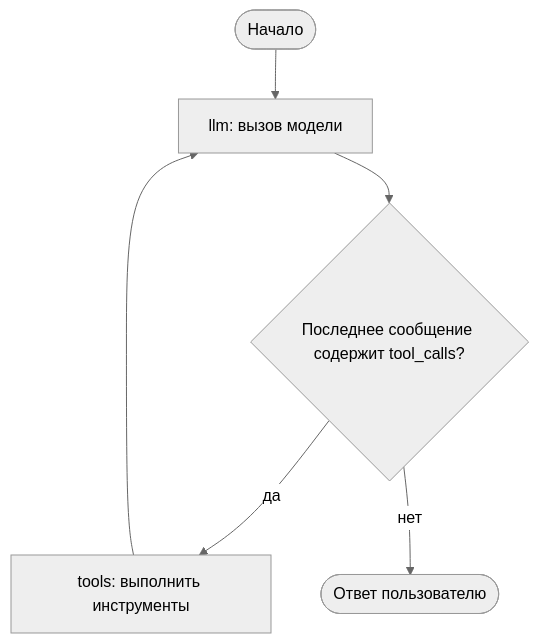
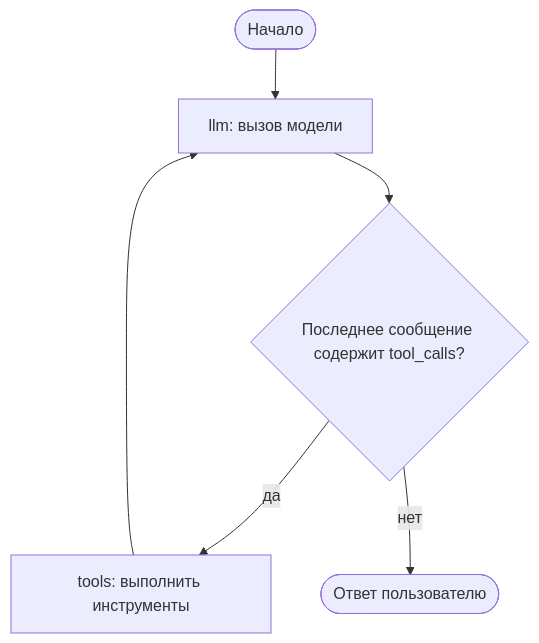
Before and after one commit to ivtipm/ML: the diagram in NLP/LLM_use/langgraph.md, drawn with Mermaid. The commit also changed other lines of this file, not shown here.

````diff
--- a/NLP/LLM_use/langgraph.md
+++ b/NLP/LLM_use/langgraph.md
@@ -57,12 +57,8 @@
 ```mermaid
----
-config:
-  theme: neutral
----
 flowchart TD
     START(["Начало"]) --> llm["llm: вызов модели"]
     llm --> cond{"Последнее сообщение содержит tool_calls?"}
     cond -->|да| tools["tools: выполнить инструменты"]
     tools --> llm
     cond -->|нет| END(["Ответ пользователю"])
 ```
````
